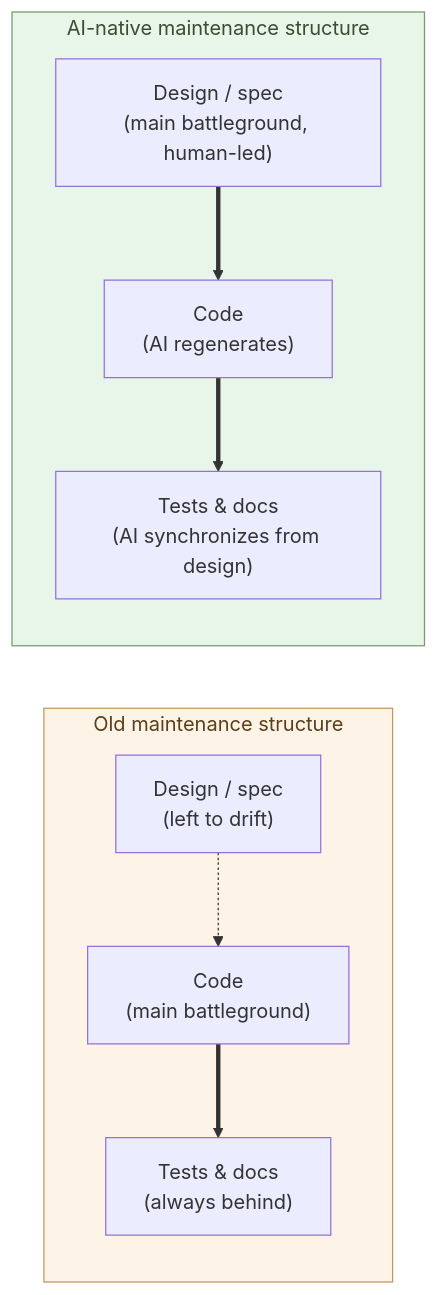
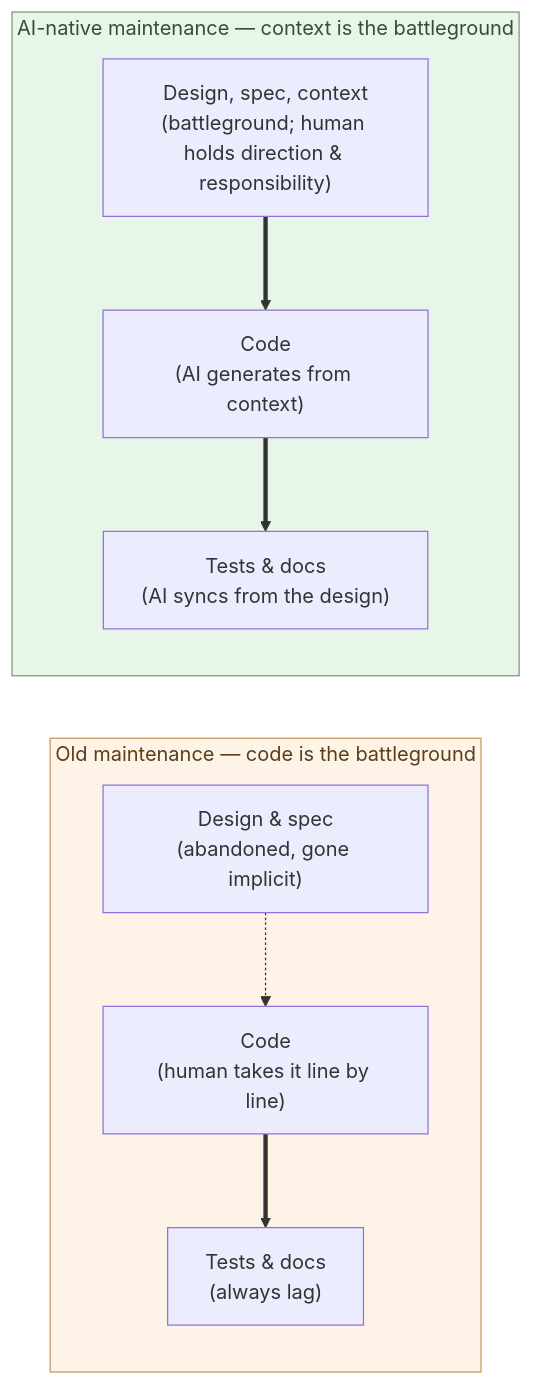
Before and after one commit to aiseed-dev/website: the diagram in articles/ai-native-ways/software/02-maintenance-shift/en.md, drawn with Mermaid. The commit also changed other lines of this file and 2 other files, not shown here.

````diff
--- a/articles/ai-native-ways/software/02-maintenance-shift/en.md
+++ b/articles/ai-native-ways/software/02-maintenance-shift/en.md
@@ -79,23 +91,23 @@
 ```mermaid
 flowchart LR
-  subgraph Old["Old maintenance structure"]
+  subgraph Old["Old maintenance — code is the battleground"]
     direction TB
-    OD["Design / spec<br/>(left to drift)"]
-    OC["Code<br/>(main battleground)"]
-    OT["Tests & docs<br/>(always behind)"]
+    OD["Design & spec<br/>(abandoned, gone implicit)"]
+    OC["Code<br/>(human takes it line by line)"]
+    OT["Tests & docs<br/>(always lag)"]
     OD -.-> OC ==> OT
   end
 
-  subgraph New["AI-native maintenance structure"]
+  subgraph New["AI-native maintenance — context is the battleground"]
     direction TB
-    ND["Design / spec<br/>(main battleground, human-led)"]
-    NC["Code<br/>(AI regenerates)"]
-    NT["Tests & docs<br/>(AI synchronizes from design)"]
+    ND["Design, spec, context<br/>(battleground; human holds direction & responsibility)"]
+    NC["Code<br/>(AI generates from context)"]
+    NT["Tests & docs<br/>(AI syncs from the design)"]
     ND ==> NC ==> NT
   end
 
   classDef good fill:#e8f5e9,stroke:#7a9a6d,color:#3a4d34
   classDef bad fill:#fef3e7,stroke:#c89559,color:#5a3f1a
   class New good
   class Old bad
 ```
````
